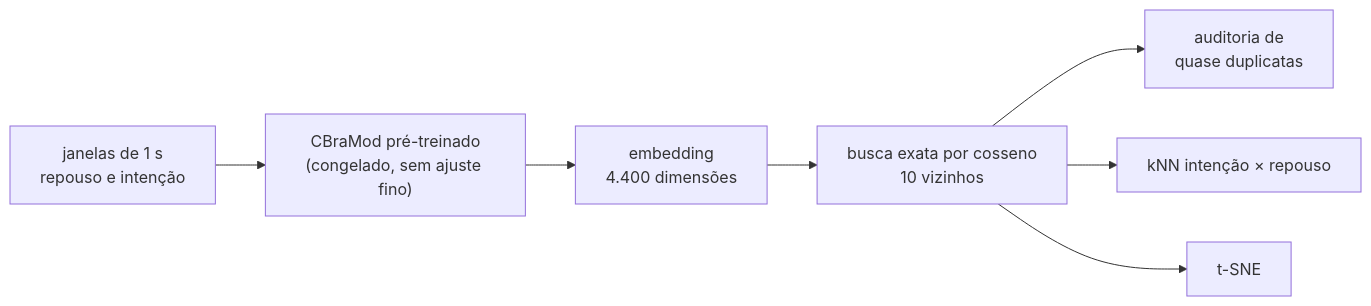
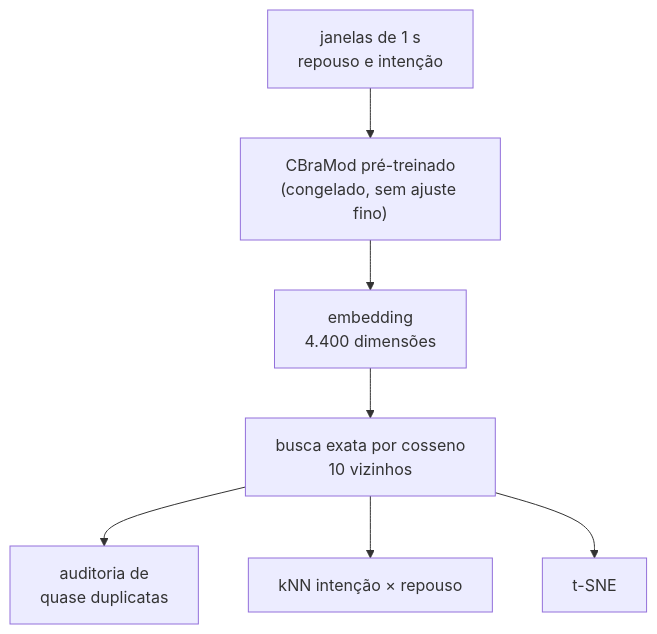
Before and after one commit to kafb04/data-engineering-multimodal-ai: the sixth of 8 diagrams in README.md, drawn with Mermaid. The commit also changed other lines of this file, not shown here.

````diff
--- a/README.md
+++ b/README.md
@@ -194,9 +200,9 @@
 ```mermaid
-flowchart LR
+flowchart TD
     A["janelas de 1 s<br/>repouso e intenção"] --> B["CBraMod pré-treinado<br/>(congelado, sem ajuste fino)"]
     B --> C["embedding<br/>4.400 dimensões"]
     C --> D["busca exata por cosseno<br/>10 vizinhos"]
     D --> E["auditoria de<br/>quase duplicatas"]
     D --> F["kNN intenção × repouso"]
     D --> G["t-SNE"]
 ```
````
